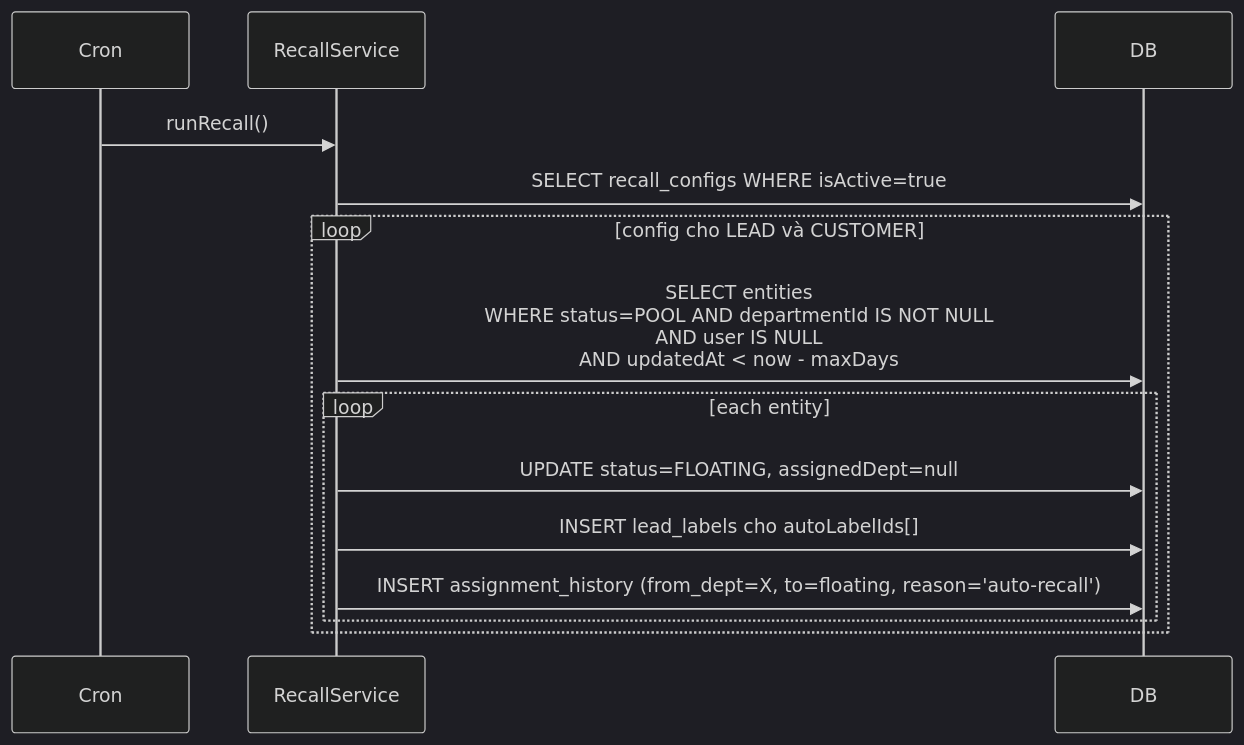
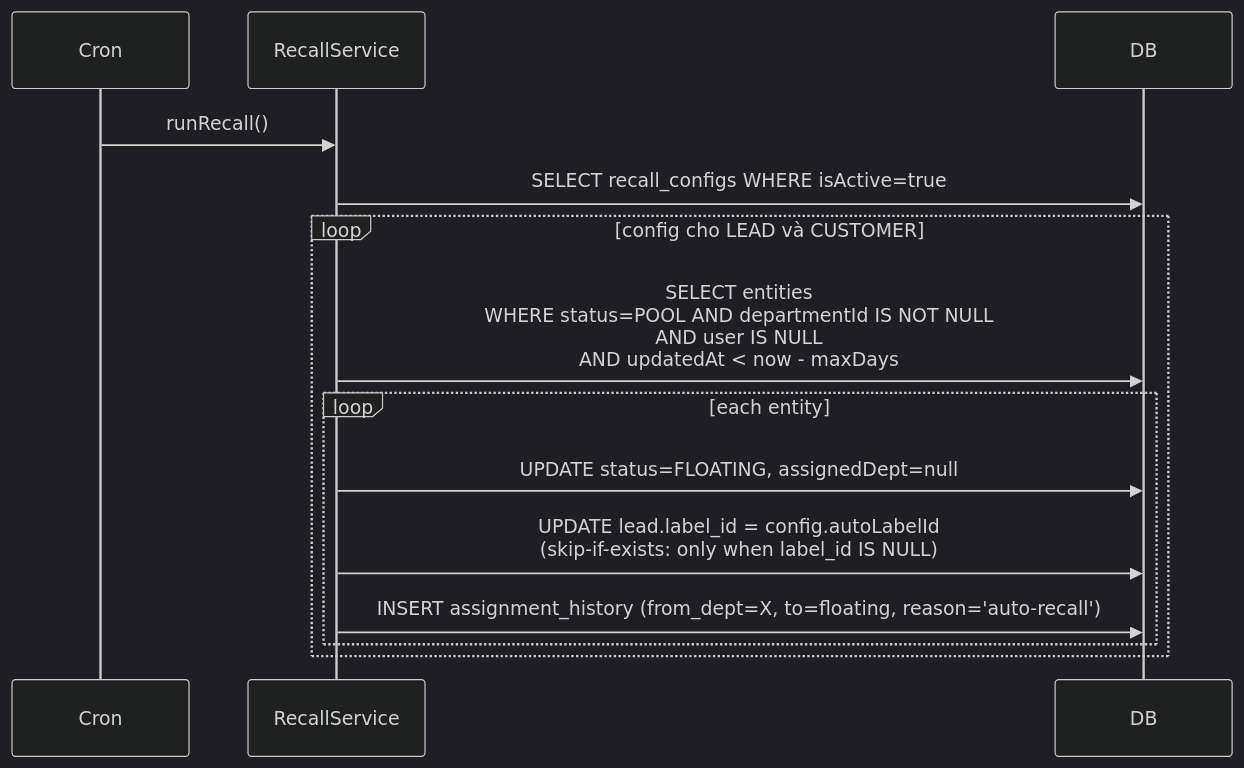
Before and after one commit to Suharaz/crm-v4-new: the seventh of 12 diagrams in docs/business-flows.md, drawn with Mermaid (dark theme). The commit also changed other lines of this file and 37 other files, not shown here.

First line of the commit message:
feat(leads)!: single label per lead via FK (Customer keeps multi-label)

````diff
--- a/docs/business-flows.md
+++ b/docs/business-flows.md
@@ -197,17 +197,17 @@
 ```mermaid
 sequenceDiagram
     participant Cron
     participant Svc as RecallService
     participant DB
 
     Cron->>Svc: runRecall()
     Svc->>DB: SELECT recall_configs WHERE isActive=true
     loop config cho LEAD và CUSTOMER
         Svc->>DB: SELECT entities<br/>WHERE status=POOL AND departmentId IS NOT NULL<br/>AND user IS NULL<br/>AND updatedAt < now - maxDays
         loop each entity
             Svc->>DB: UPDATE status=FLOATING, assignedDept=null
-            Svc->>DB: INSERT lead_labels cho autoLabelIds[]
+            Svc->>DB: UPDATE lead.label_id = config.autoLabelId<br/>(skip-if-exists: only when label_id IS NULL)
             Svc->>DB: INSERT assignment_history (from_dept=X, to=floating, reason='auto-recall')
         end
     end
 ```
````
